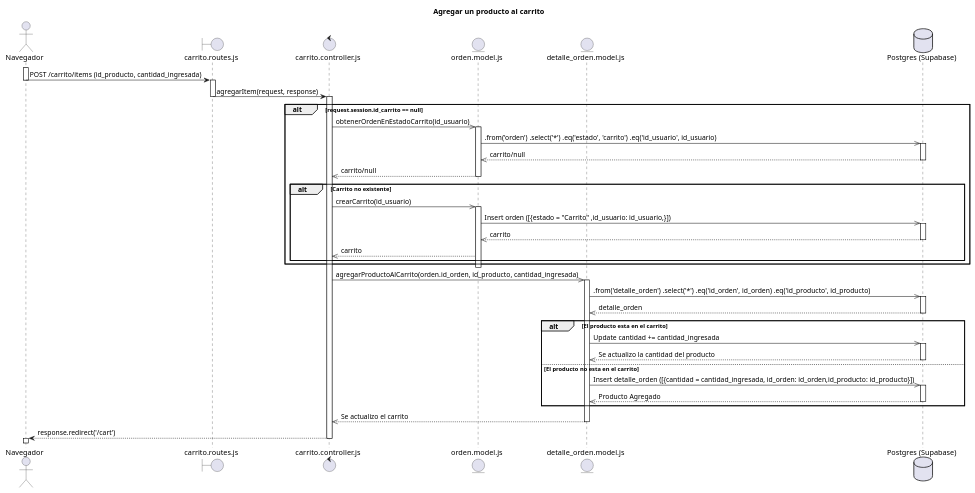
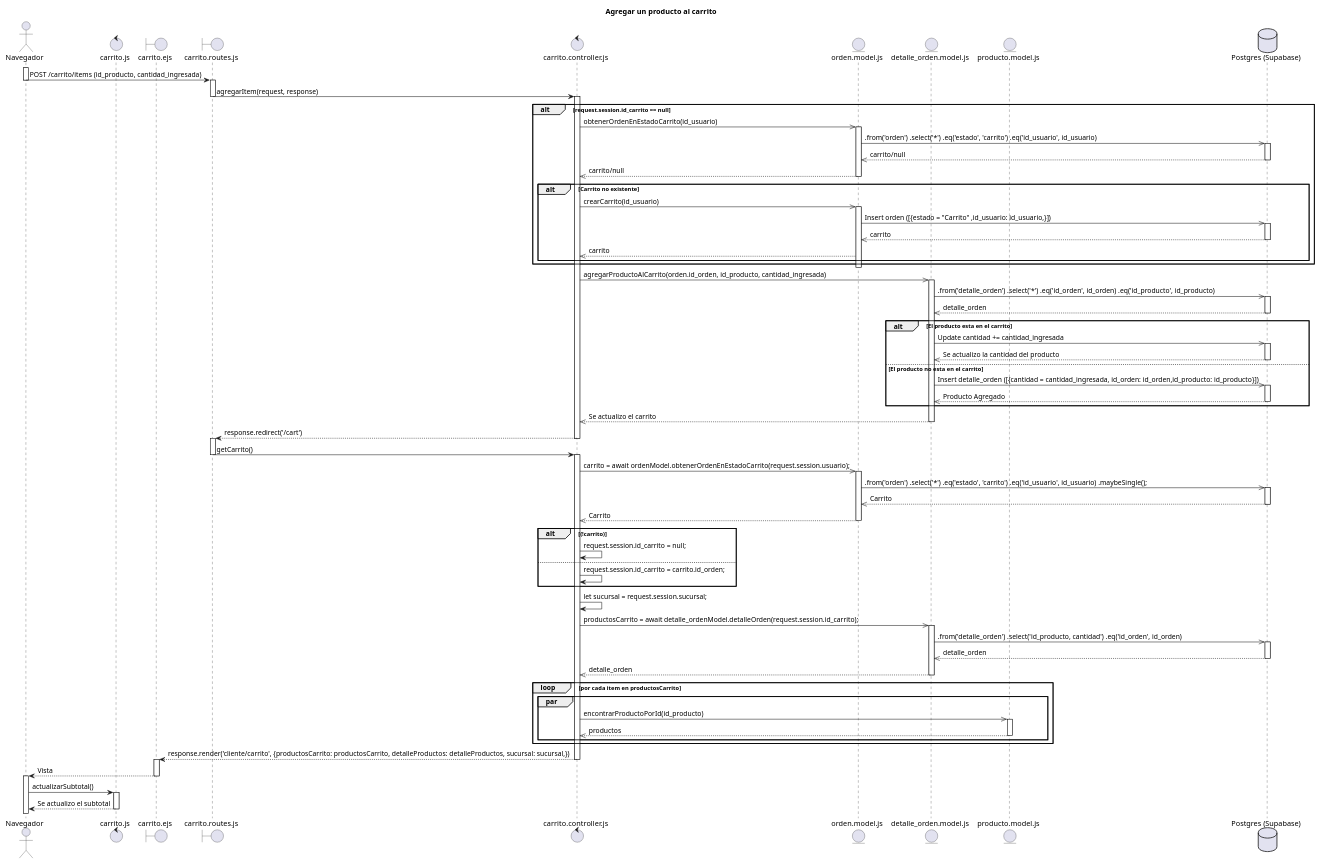
One commit to J24RM/Odysey_sistema_de_preventas changed the diagram in Diagramas_Secuencia/Script/AgregarProductoAlCarrito.wsd. Above: the diagram before and after it, drawn with PlantUML. The commit also changed 1 other file, not shown here.

Commit message:
Se arreglo el diagrama de secuencia del CU Cancelar Orden

```diff
--- a/Diagramas_Secuencia/Script/AgregarProductoAlCarrito.wsd
+++ b/Diagramas_Secuencia/Script/AgregarProductoAlCarrito.wsd
@@ -1,74 +1,134 @@
 @startuml Agregar producto al carrito
 Title "Agregar un producto al carrito"
 actor Navegador as nav
+control "carrito.js" as JS
+boundary "carrito.ejs" as UI
 boundary "carrito.routes.js" as ruta
 control "carrito.controller.js" as ctrl
 entity "orden.model.js" as model
 entity "detalle_orden.model.js" as model2
+entity "producto.model.js" as model3
 database "Postgres (Supabase)" as DB
 
 activate nav
 nav -> ruta: POST /carrito/items (id_producto, cantidad_ingresada)
 deactivate nav
 
 activate ruta
 ruta -> ctrl:  agregarItem(request, response)
 deactivate ruta
 
 alt request.session.id_carrito == null
 
 activate ctrl
 ctrl ->> model: obtenerOrdenEnEstadoCarrito(id_usuario)
 activate model
 
 
 model ->> DB: .from('orden') .select('*') .eq('estado', 'carrito') .eq('id_usuario', id_usuario)
 activate DB
 DB -->> model: carrito/null
 deactivate DB
 model -->> ctrl: carrito/null
 deactivate model
 
 
 
 alt Carrito no existente
     ctrl ->> model: crearCarrito(id_usuario)
     activate model
     model ->> DB: Insert orden ([{estado = "Carrito" ,id_usuario: id_usuario,}])
 activate DB
 DB -->> model : carrito
 deactivate DB
 
 model -->> ctrl: carrito
 
 end
 end
 deactivate model
 ctrl ->> model2: agregarProductoAlCarrito(orden.id_orden, id_producto, cantidad_ingresada)
 activate model2
 model2 ->> DB: .from('detalle_orden') .select('*') .eq('id_orden', id_orden) .eq('id_producto', id_producto)
 activate DB
 DB -->> model2: detalle_orden
 deactivate DB
 
 alt El producto esta en el carrito
     model2 ->> DB: Update cantidad += cantidad_ingresada
     activate DB
     DB -->> model2: Se actualizo la cantidad del producto
     deactivate DB
 else El producto no esta en el carrito
     model2 ->> DB: Insert detalle_orden ([{cantidad = cantidad_ingresada, id_orden: id_orden,id_producto: id_producto}])
     activate DB
     DB -->> model2: Producto Agregado
     deactivate DB
 end
 
 model2 -->> ctrl: Se actualizo el carrito
 deactivate model2
 
-ctrl --> nav :response.redirect('/cart')
+ctrl --> ruta :response.redirect('/cart')
 deactivate ctrl
 
+activate ruta
+
+
+ruta -> ctrl: getCarrito()
+deactivate ruta
+activate ctrl
+
+ctrl ->> model: carrito = await ordenModel.obtenerOrdenEnEstadoCarrito(request.session.usuario); 
+
+activate model
+
+model ->> DB: .from('orden') .select('*') .eq('estado', 'carrito') .eq('id_usuario', id_usuario) .maybeSingle();
+activate DB
+DB -->> model: Carrito
+deactivate DB
+model -->> ctrl: Carrito
+deactivate model
+
+alt (!carrito)
+ctrl -> ctrl: request.session.id_carrito = null;
+else
+ctrl -> ctrl: request.session.id_carrito = carrito.id_orden;
+
+end
+
+ctrl -> ctrl: let sucursal = request.session.sucursal;
+
+ctrl ->> model2: productosCarrito = await detalle_ordenModel.detalleOrden(request.session.id_carrito);
+activate model2
+model2 ->> DB: .from('detalle_orden') .select('id_producto, cantidad') .eq('id_orden', id_orden)
+activate DB
+DB -->> model2: detalle_orden
+deactivate DB
+model2 -->> ctrl: detalle_orden
+deactivate model2
+
+loop por cada item en productosCarrito
+    par
+        ctrl ->> model3: encontrarProductoPorId(id_producto)
+        activate model3
+        model3 -->> ctrl: productos 
+        deactivate model3
+    end
+end
+
+
+ctrl --> UI: response.render('cliente/carrito', {productosCarrito: productosCarrito, detalleProductos: detalleProductos, sucursal: sucursal,})
+deactivate ctrl
+activate UI
+UI --> nav: Vista
+deactivate UI
 activate nav
+nav -> JS: actualizarSubtotal()
+activate JS
+JS --> nav: Se actualizo el subtotal
+deactivate JS
+
+deactivate UI
 
 @enduml
```
